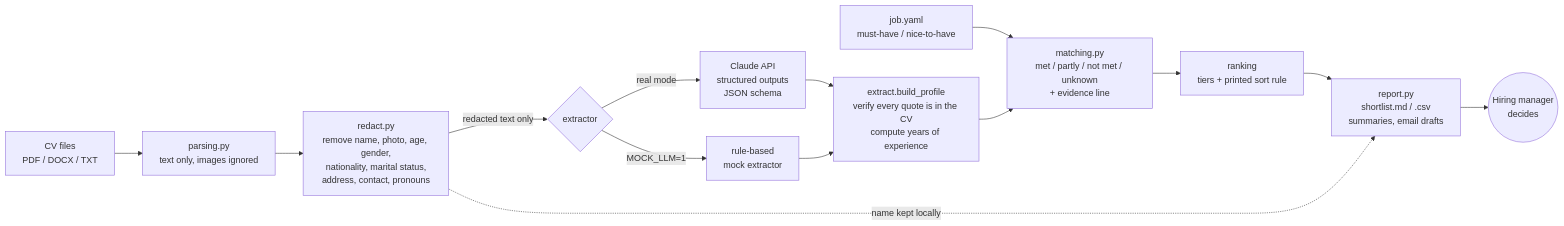
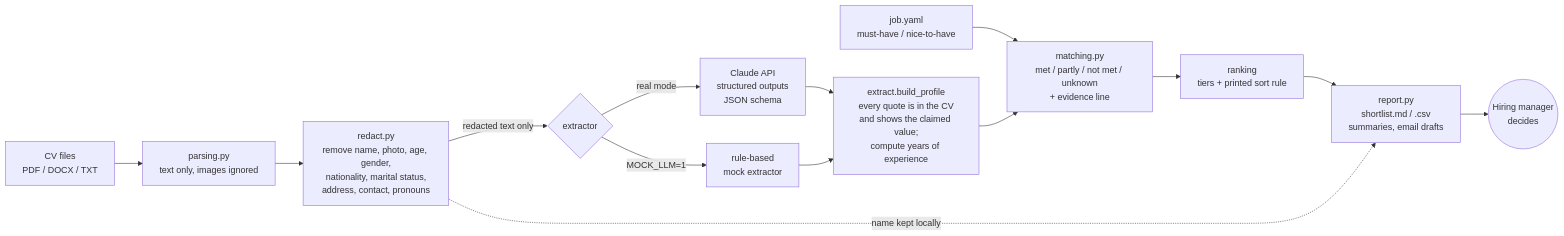
One commit to Melwis880/cv-screening-assistant changed the diagram in README.md. Above: the diagram before and after it, drawn with Mermaid. The commit also changed other lines of this file and 8 other files, not shown here.

First line of the commit message:
Require evidence quotes to contain the claimed value

````diff
--- a/README.md
+++ b/README.md
@@ -44,16 +44,16 @@
 ```mermaid
 flowchart LR
     A[CV files<br/>PDF / DOCX / TXT] --> B[parsing.py<br/>text only, images ignored]
     B --> C[redact.py<br/>remove name, photo, age, gender,<br/>nationality, marital status,<br/>address, contact, pronouns]
     C -->|redacted text only| D{extractor}
     D -->|real mode| E[Claude API<br/>structured outputs<br/>JSON schema]
     D -->|MOCK_LLM=1| F[rule-based<br/>mock extractor]
-    E --> G[extract.build_profile<br/>verify every quote is in the CV<br/>compute years of experience]
+    E --> G[extract.build_profile<br/>every quote is in the CV<br/>and shows the claimed value;<br/>compute years of experience]
     F --> G
     J[job.yaml<br/>must-have / nice-to-have] --> H
     G --> H[matching.py<br/>met / partly / not met / unknown<br/>+ evidence line]
     H --> I[ranking<br/>tiers + printed sort rule]
     I --> K[report.py<br/>shortlist.md / .csv<br/>summaries, email drafts]
     K --> M((Hiring manager<br/>decides))
     C -. name kept locally .-> K
 ```
````
